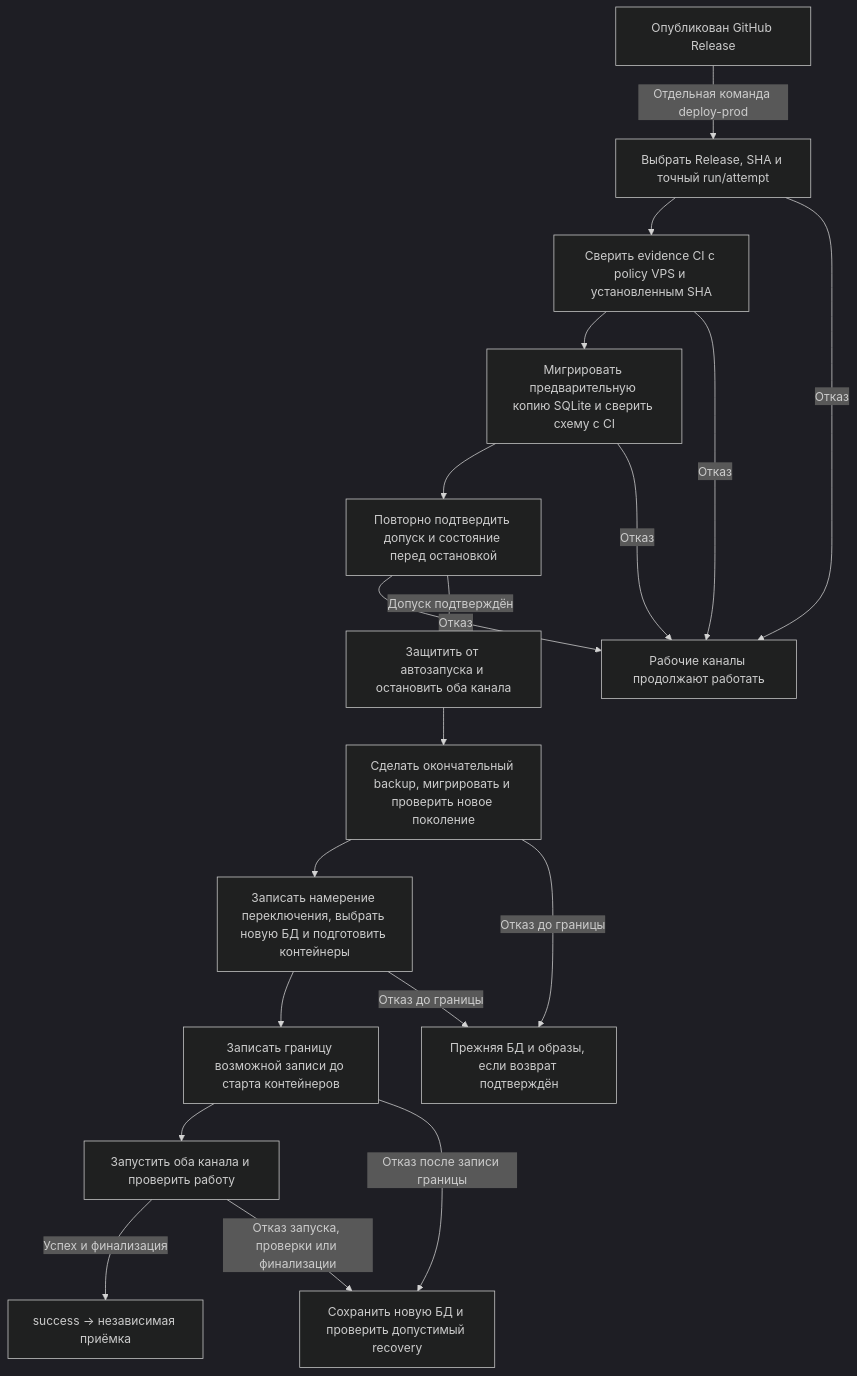
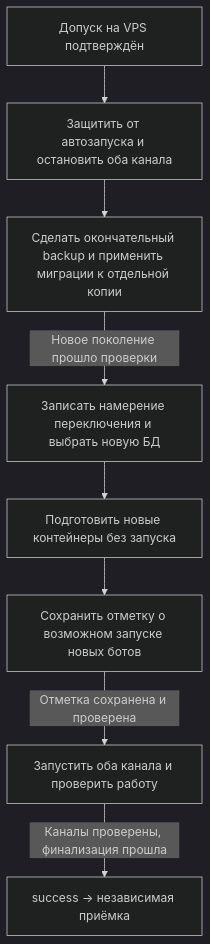
One commit to karateka-git/compadre-assistant changed the third of 3 diagrams in docs/release-ci-admission/CI_AND_DEPLOY.md. Above: the diagram before and after it, drawn with Mermaid (dark theme). The commit also changed other lines of this file, not shown here.

Commit message:
Уточнить схемы допуска и описать проверки CI

````diff
--- a/docs/release-ci-admission/CI_AND_DEPLOY.md
+++ b/docs/release-ci-admission/CI_AND_DEPLOY.md
@@ -53,21 +105,10 @@
 ```mermaid
 flowchart TD
-    RELEASE["Опубликован GitHub Release"] -->|Отдельная команда deploy-prod| SELECT["Выбрать Release, SHA и точный run/attempt"]
-    SELECT --> V["Сверить evidence CI с policy VPS и установленным SHA"]
-    V --> COPY["Мигрировать предварительную копию SQLite и сверить схему с CI"]
-    COPY --> RECHECK["Повторно подтвердить допуск и состояние перед остановкой"]
-    SELECT -->|Отказ| PRE["Рабочие каналы продолжают работать"]
-    V -->|Отказ| PRE
-    COPY -->|Отказ| PRE
-    RECHECK -->|Отказ| PRE
-    RECHECK -->|Допуск подтверждён| STOP["Защитить от автозапуска и остановить оба канала"]
-    STOP --> FINAL["Сделать окончательный backup, мигрировать и проверить новое поколение"]
-    FINAL --> INTENT["Записать намерение переключения, выбрать новую БД и подготовить контейнеры"]
-    INTENT --> BOUNDARY["Записать границу возможной записи до старта контейнеров"]
-    BOUNDARY --> START["Запустить оба канала и проверить работу"]
-    START -->|Успех и финализация| ACCEPT["success → независимая приёмка"]
-    FINAL -->|Отказ до границы| OLD["Прежняя БД и образы, если возврат подтверждён"]
-    INTENT -->|Отказ до границы| OLD
-    BOUNDARY -->|Отказ после записи границы| REC["Сохранить новую БД и проверить допустимый recovery"]
-    START -->|Отказ запуска, проверки или финализации| REC
+    READY["Допуск на VPS подтверждён"] --> STOP["Защитить от автозапуска и остановить оба канала"]
+    STOP --> FINAL["Сделать окончательный backup и применить миграции к отдельной копии"]
+    FINAL -->|Новое поколение прошло проверки| SELECT["Записать намерение переключения и выбрать новую БД"]
+    SELECT --> PREP["Подготовить новые контейнеры без запуска"]
+    PREP --> BOUNDARY["Сохранить отметку о возможном запуске новых ботов"]
+    BOUNDARY -->|Отметка сохранена и проверена| START["Запустить оба канала и проверить работу"]
+    START -->|Каналы проверены, финализация прошла| ACCEPT["success → независимая приёмка"]
 ```
````
